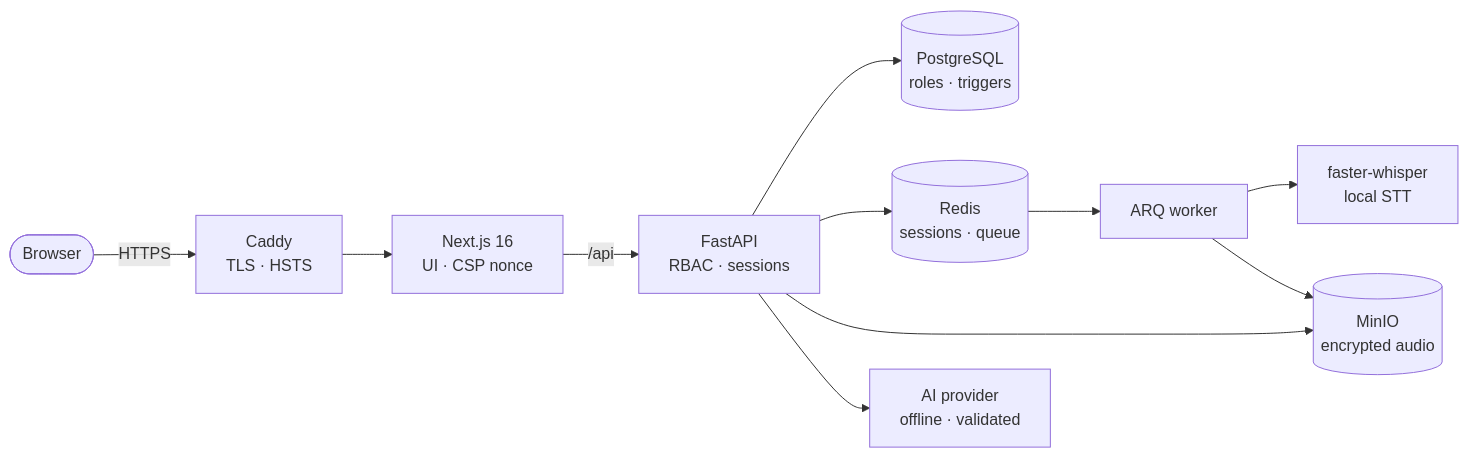
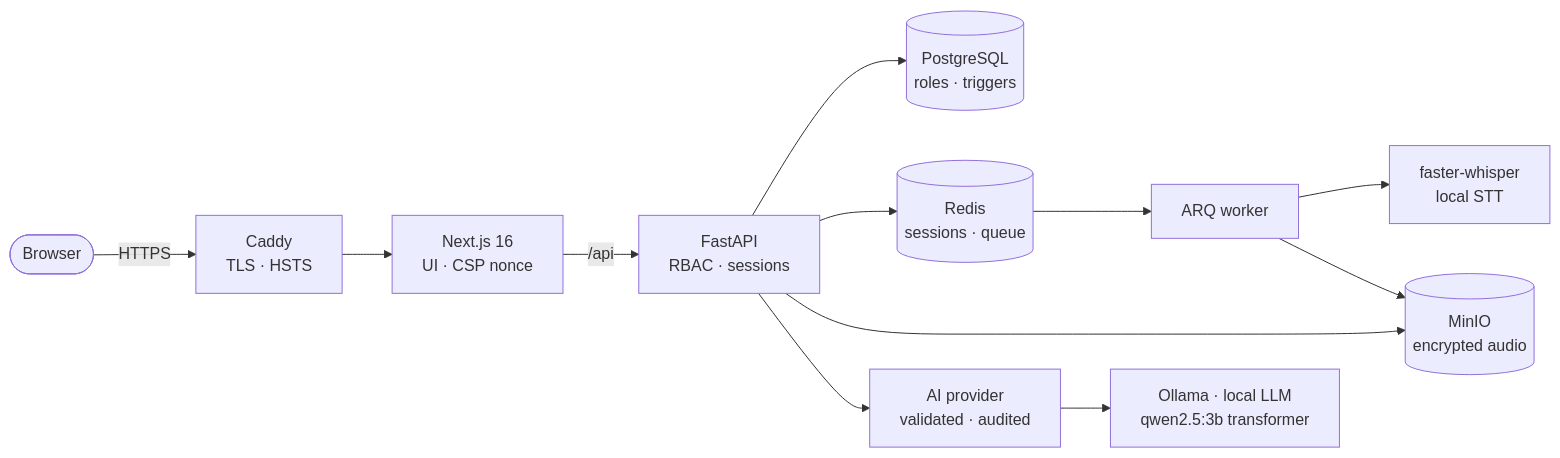
One commit to tzar-beep/RehabMind changed the first of 3 diagrams in README.md. Above: the diagram before and after it, drawn with Mermaid. The commit also changed other lines of this file and 35 other files, not shown here.

````diff
--- a/README.md
+++ b/README.md
@@ -62,13 +62,14 @@
 ```mermaid
 flowchart LR
     B([Browser]) -- HTTPS --> C[Caddy<br/>TLS · HSTS]
     C --> W[Next.js 16<br/>UI · CSP nonce]
     W -- /api --> A[FastAPI<br/>RBAC · sessions]
     A --> P[(PostgreSQL<br/>roles · triggers)]
     A --> R[(Redis<br/>sessions · queue)]
     A --> M[(MinIO<br/>encrypted audio)]
     R --> K[ARQ worker]
     K --> S[faster-whisper<br/>local STT]
     K --> M
-    A --> AI[AI provider<br/>offline · validated]
+    A --> AI[AI provider<br/>validated · audited]
+    AI --> OL[Ollama · local LLM<br/>qwen2.5:3b transformer]
 ```
````
